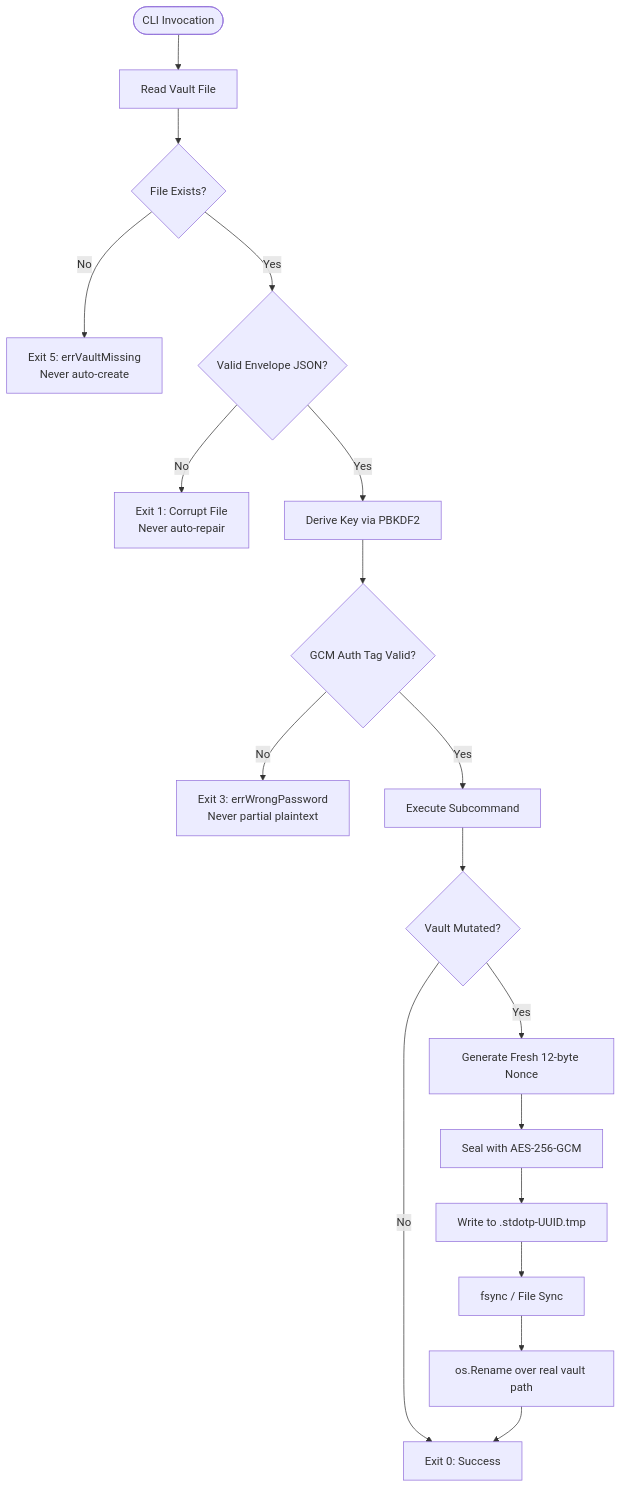
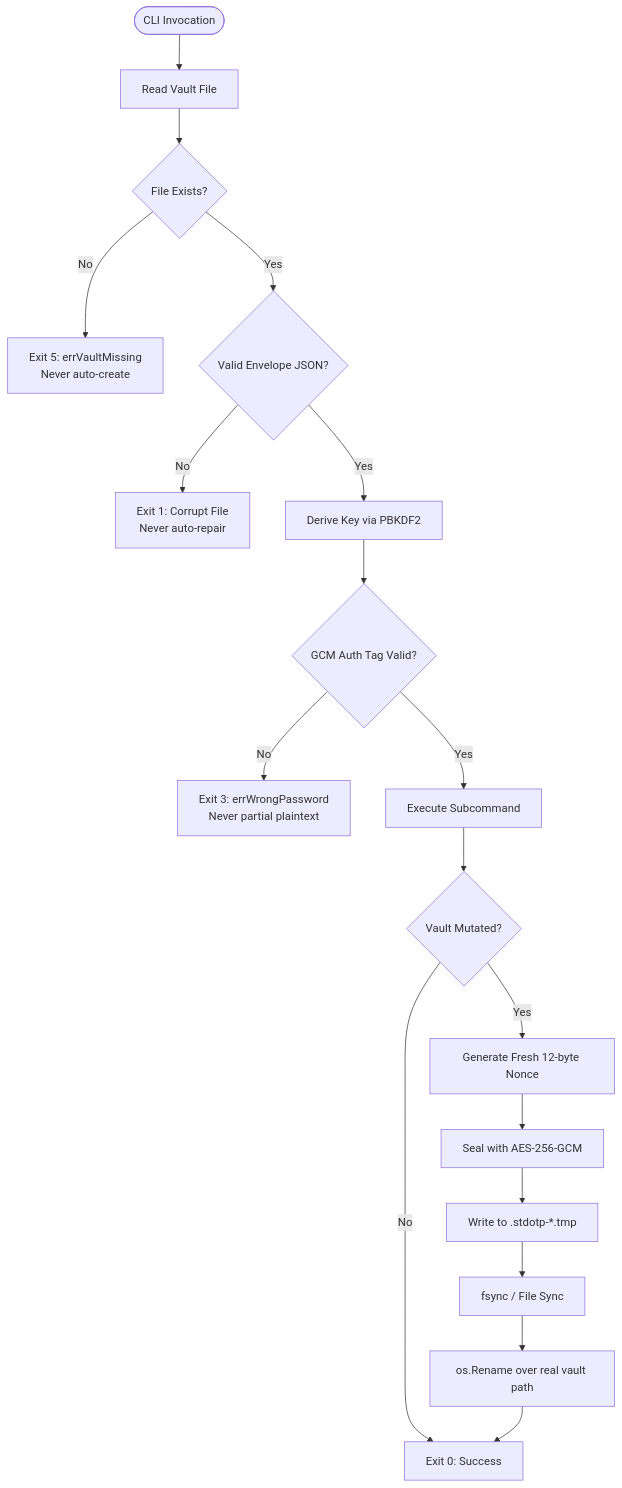
One commit to moin08s/stdotp changed the fourth of 4 diagrams in README.md. Above: the diagram before and after it, drawn with Mermaid. The commit also changed other lines of this file and 4 other files, not shown here.

````diff
--- a/README.md
+++ b/README.md
@@ -229,21 +226,21 @@
 ```mermaid
 flowchart TD
     Start([CLI Invocation]) --> ReadVault[Read Vault File]
     ReadVault --> CheckExist{File Exists?}
     CheckExist -- No --> Exit5[Exit 5: errVaultMissing<br/>Never auto-create]
     CheckExist -- Yes --> CheckJSON{Valid Envelope JSON?}
     CheckJSON -- No --> Exit1[Exit 1: Corrupt File<br/>Never auto-repair]
     CheckJSON -- Yes --> DeriveKey[Derive Key via PBKDF2]
     DeriveKey --> OpenGCM{GCM Auth Tag Valid?}
     OpenGCM -- No --> Exit3[Exit 3: errWrongPassword<br/>Never partial plaintext]
     OpenGCM -- Yes --> RunCommand[Execute Subcommand]
 
     RunCommand --> Mutating{Vault Mutated?}
     Mutating -- No --> Exit0[Exit 0: Success]
     Mutating -- Yes --> GenNonce[Generate Fresh 12-byte Nonce]
     GenNonce --> EncryptGCM[Seal with AES-256-GCM]
-    EncryptGCM --> WriteTmp[Write to .stdotp-UUID.tmp]
+    EncryptGCM --> WriteTmp[Write to .stdotp-*.tmp]
     WriteTmp --> Fsync[fsync / File Sync]
     Fsync --> Rename[os.Rename over real vault path]
     Rename --> Exit0
 ```
````
